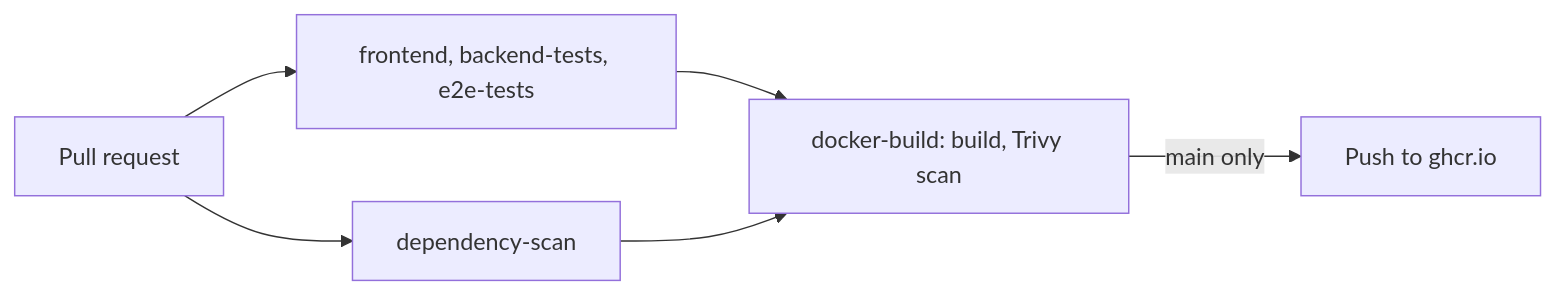
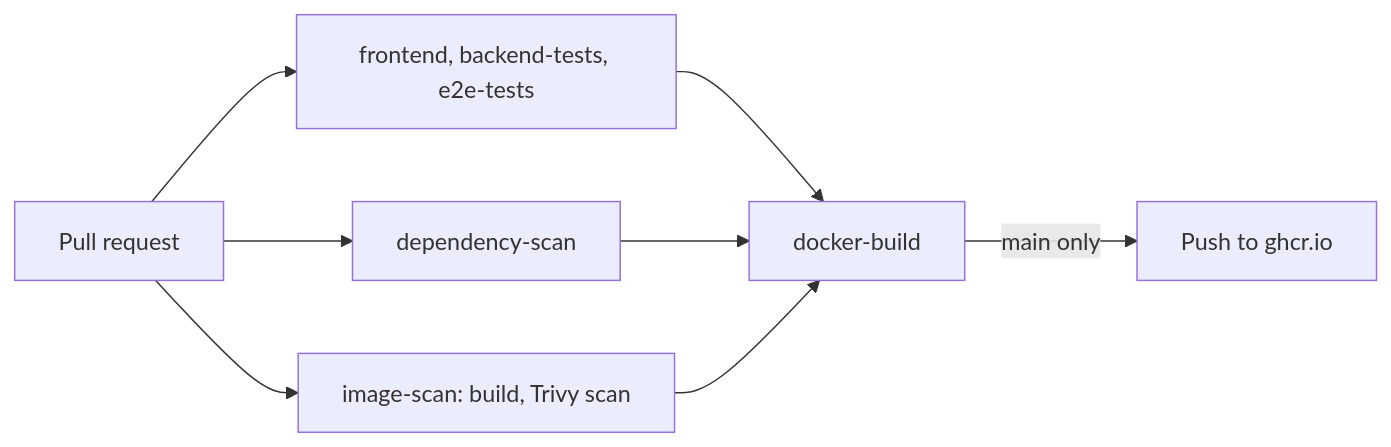
One commit to ballardr/reqtrackmanager changed the second of 2 diagrams in docs/soc2/policies/change-management-and-secure-development-policy.md. Above: the diagram before and after it, drawn with Mermaid. The commit also changed other lines of this file and 354 other files, not shown here.

````diff
--- a/docs/soc2/policies/change-management-and-secure-development-policy.md
+++ b/docs/soc2/policies/change-management-and-secure-development-policy.md
@@ -62,8 +62,10 @@
 ```mermaid
 flowchart LR
     PR[Pull request] --> T[frontend, backend-tests, e2e-tests]
     PR --> D[dependency-scan]
-    T --> B[docker-build: build, Trivy scan]
+    PR --> I[image-scan: build, Trivy scan]
+    T --> B[docker-build]
     D --> B
+    I --> B
     B -->|main only| P[Push to ghcr.io]
 ```
````
